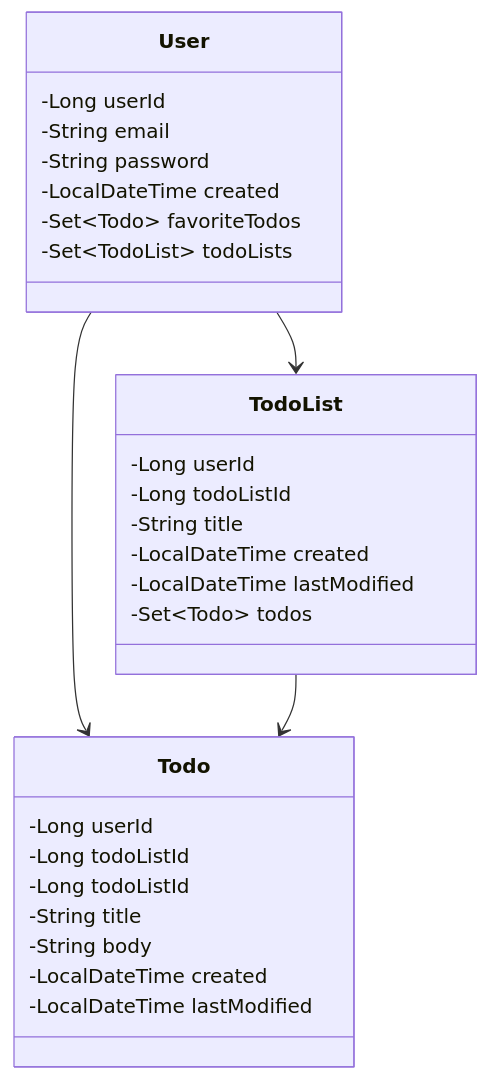
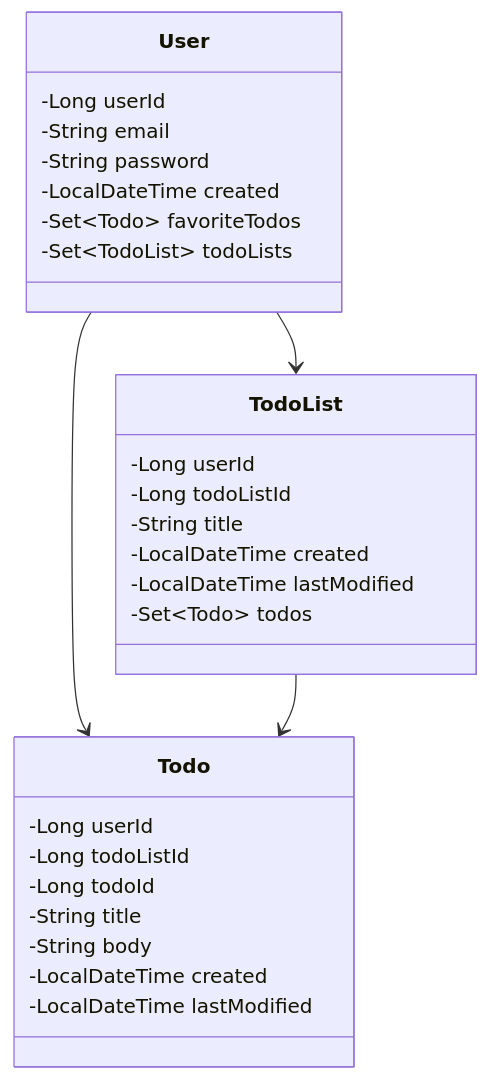
The diagram in README.md (evans-p/todo-full-stack-app-backend), drawn with Mermaid before and after one commit.

Commit message:
Fixed error in README.md

````diff
--- a/README.md
+++ b/README.md
@@ -5,31 +5,31 @@
 ```mermaid
 classDiagram
     class User {
         -Long userId
         -String email
         -String password
         -LocalDateTime created
         -Set~Todo~ favoriteTodos
         -Set~TodoList~ todoLists
     }
     class TodoList {
         -Long userId
         -Long todoListId
         -String title
         -LocalDateTime created
         -LocalDateTime lastModified
         -Set~Todo~ todos
     }
     class Todo {
         -Long userId
         -Long todoListId
-        -Long todoListId
+        -Long todoId
         -String title
         -String body
         -LocalDateTime created
         -LocalDateTime lastModified
     }
     User --> TodoList
     User --> Todo
     TodoList --> Todo
 ```
````
